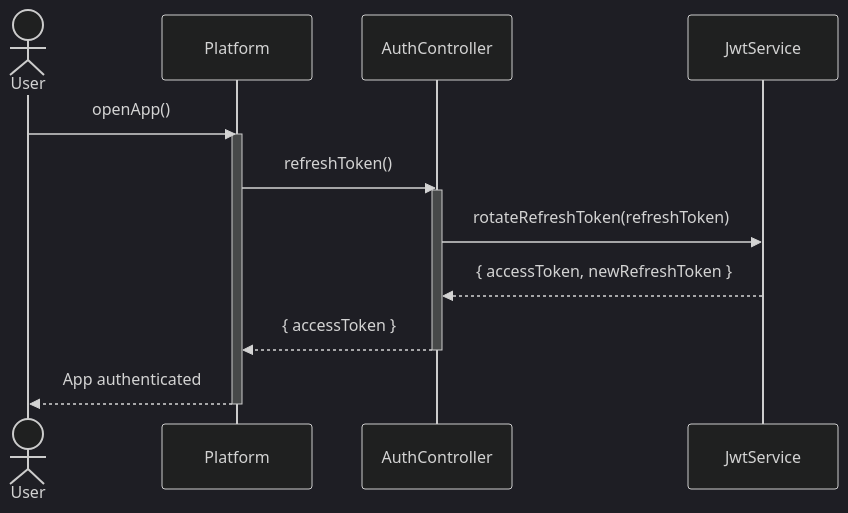
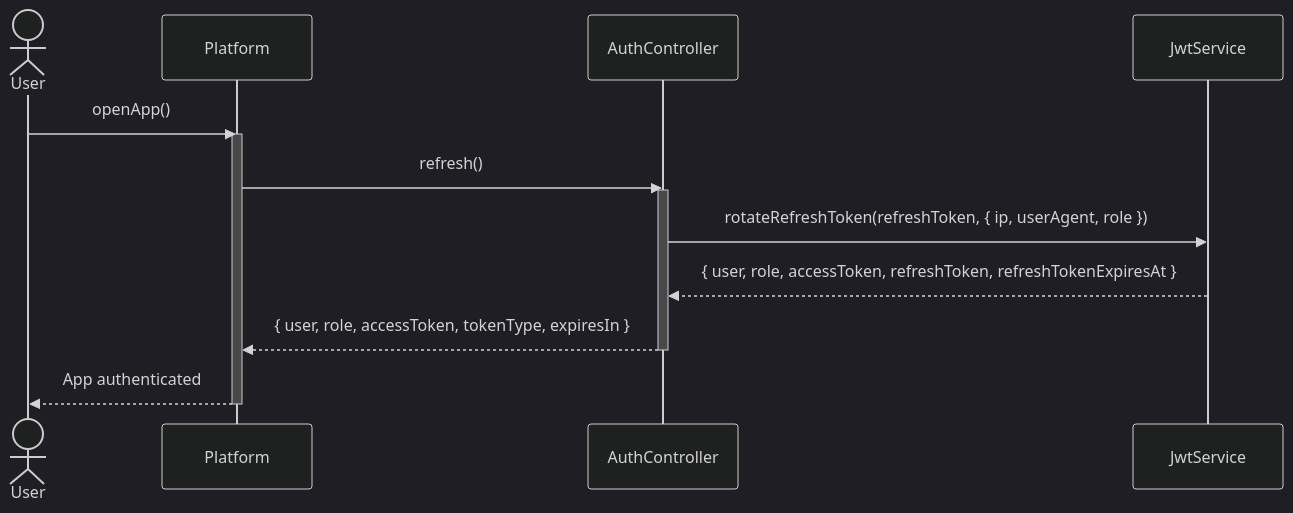
Diagram 18 of 23 in diagrams/Sequence Diagram/sequencediagram.md (NovaLogic-Systems/gestArtes-docs), drawn with Mermaid (dark theme) before and after one commit. The commit also changed other lines of this file and 4 other files, not shown here.

````diff
--- a/diagrams/Sequence Diagram/sequencediagram.md
+++ b/diagrams/Sequence Diagram/sequencediagram.md
@@ -656,18 +661,18 @@
 ```mermaid
 sequenceDiagram
     actor User
     participant Platform as Platform
     participant AuthController as AuthController
     participant JwtService as JwtService
 
     User->>Platform: openApp()
     activate Platform
-    Platform->>AuthController: refreshToken()
+    Platform->>AuthController: refresh()
     activate AuthController
-    AuthController->>JwtService: rotateRefreshToken(refreshToken)
-    JwtService-->>AuthController: { accessToken, newRefreshToken }
-    AuthController-->>Platform: { accessToken }
+    AuthController->>JwtService: rotateRefreshToken(refreshToken, { ip, userAgent, role })
+    JwtService-->>AuthController: { user, role, accessToken, refreshToken, refreshTokenExpiresAt }
+    AuthController-->>Platform: { user, role, accessToken, tokenType, expiresIn }
     deactivate AuthController
     Platform-->>User: App authenticated
     deactivate Platform
 ```
````
